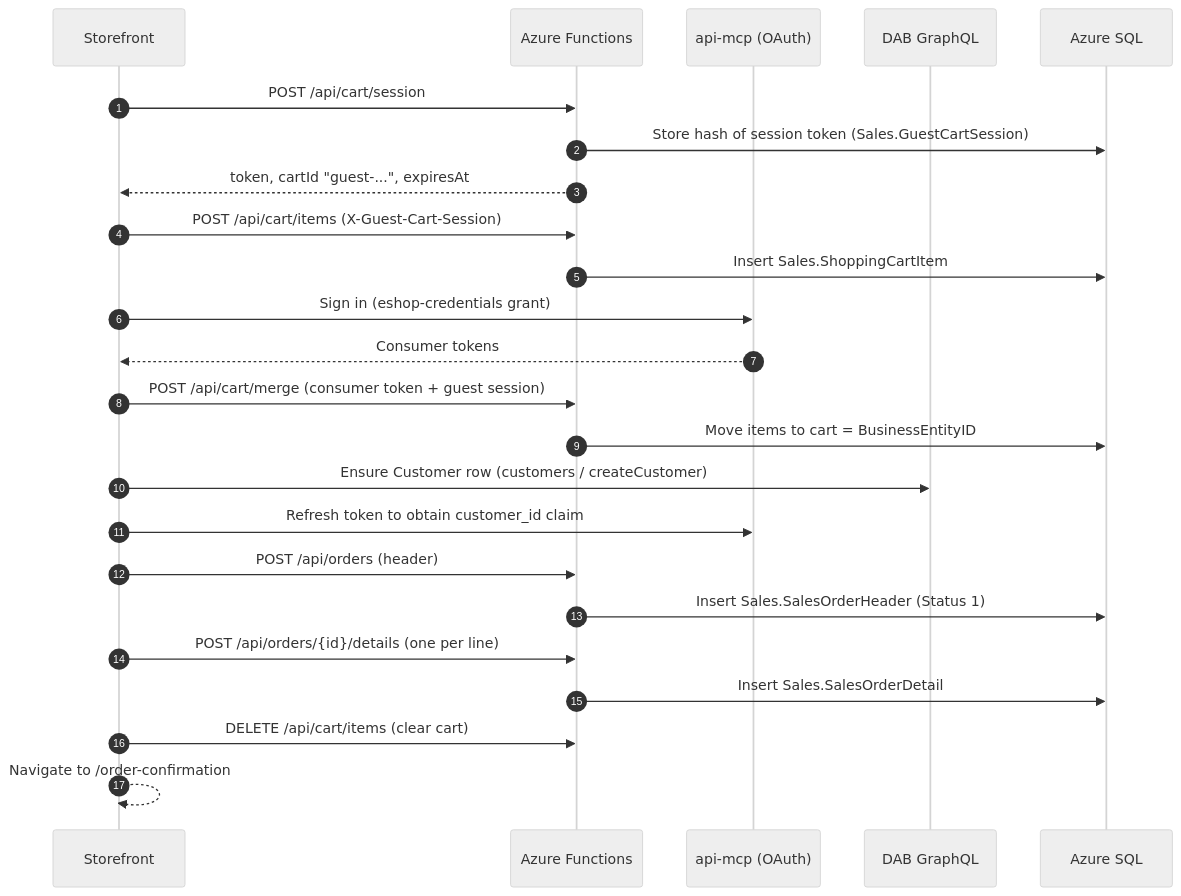
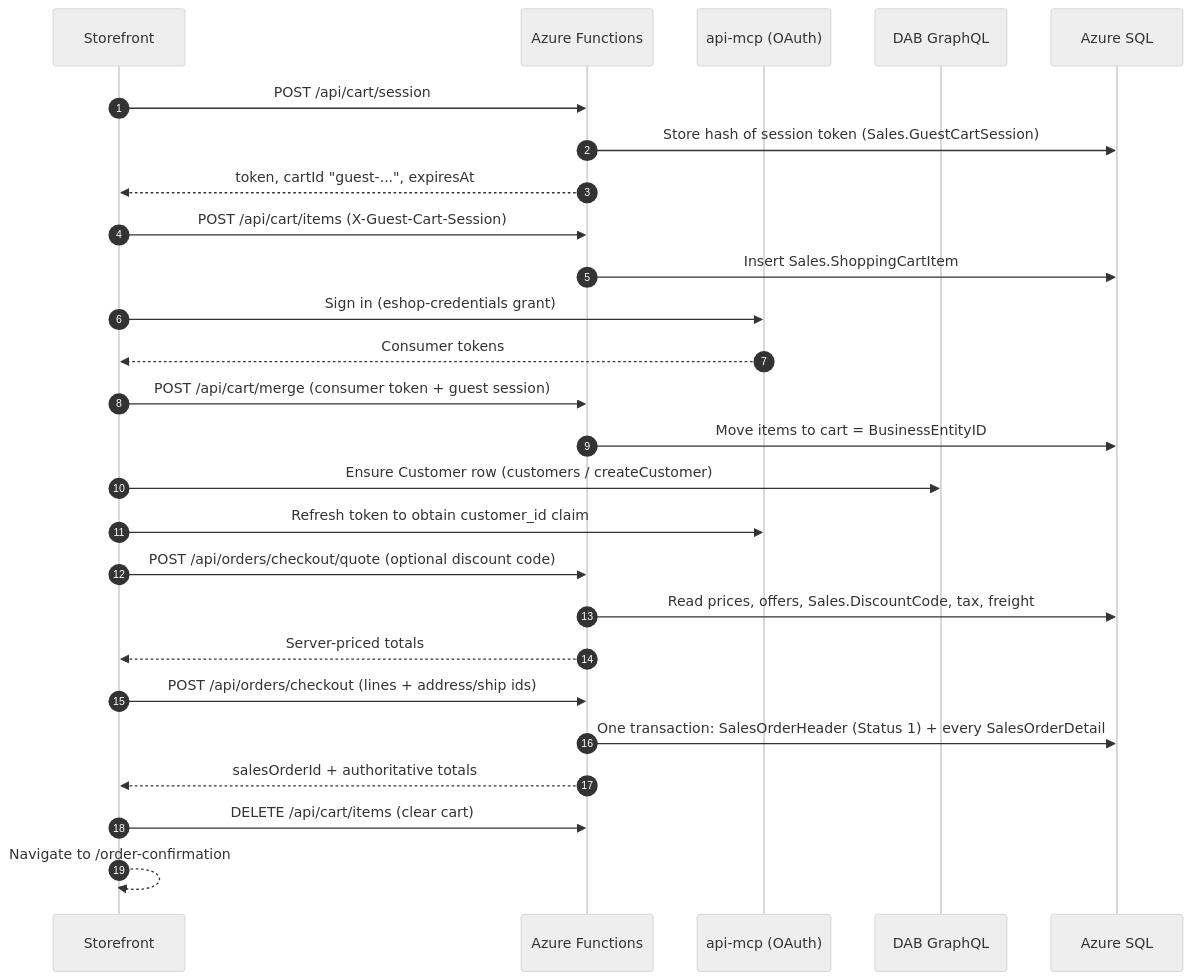
One commit to ahems/AdventureWorks changed the diagram in docs/features/commerce/cart-and-checkout.md. Above: the diagram before and after it, drawn with Mermaid (neutral theme). The commit also changed other lines of this file and 453 other files, not shown here.

````diff
--- a/docs/features/commerce/cart-and-checkout.md
+++ b/docs/features/commerce/cart-and-checkout.md
@@ -41,26 +41,28 @@
 ```mermaid
 sequenceDiagram
   autonumber
   participant B as Storefront
   participant F as Azure Functions
   participant M as api-mcp (OAuth)
   participant D as DAB GraphQL
   participant S as Azure SQL
   B->>F: POST /api/cart/session
   F->>S: Store hash of session token (Sales.GuestCartSession)
   F-->>B: token, cartId "guest-...", expiresAt
   B->>F: POST /api/cart/items (X-Guest-Cart-Session)
   F->>S: Insert Sales.ShoppingCartItem
   B->>M: Sign in (eshop-credentials grant)
   M-->>B: Consumer tokens
   B->>F: POST /api/cart/merge (consumer token + guest session)
   F->>S: Move items to cart = BusinessEntityID
   B->>D: Ensure Customer row (customers / createCustomer)
   B->>M: Refresh token to obtain customer_id claim
-  B->>F: POST /api/orders (header)
-  F->>S: Insert Sales.SalesOrderHeader (Status 1)
-  B->>F: POST /api/orders/{id}/details (one per line)
-  F->>S: Insert Sales.SalesOrderDetail
+  B->>F: POST /api/orders/checkout/quote (optional discount code)
+  F->>S: Read prices, offers, Sales.DiscountCode, tax, freight
+  F-->>B: Server-priced totals
+  B->>F: POST /api/orders/checkout (lines + address/ship ids)
+  F->>S: One transaction: SalesOrderHeader (Status 1) + every SalesOrderDetail
+  F-->>B: salesOrderId + authoritative totals
   B->>F: DELETE /api/cart/items (clear cart)
   B-->>B: Navigate to /order-confirmation
 ```
````
